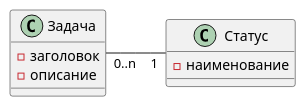
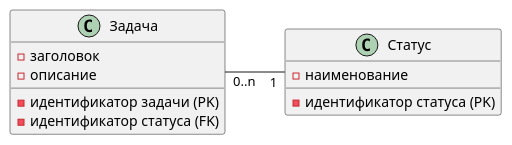
One commit to adashev/docs-as-code changed the diagram in src/docs/asciidoc/db/db.puml. Above: the diagram before and after it, drawn with PlantUML. The commit also changed 5 other files, not shown here.

```diff
--- a/src/docs/asciidoc/db/db.puml
+++ b/src/docs/asciidoc/db/db.puml
@@ -1,16 +1,19 @@
 @startuml
 
 left to right direction
 
 class Задача {
+    -идентификатор задачи (PK)
     -заголовок
     -описание
+    -идентификатор статуса (FK)
 }
 
 class Статус {
-    -наименование
+    - идентификатор статуса (PK)
+    - наименование
 }
 
 Задача "0..n" -- "1" Статус
 
 @enduml
```
